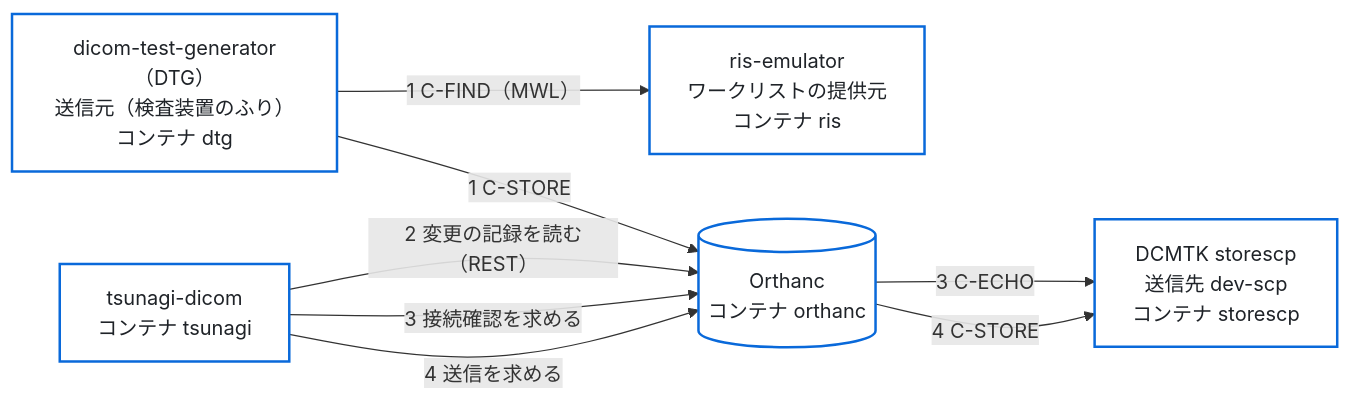
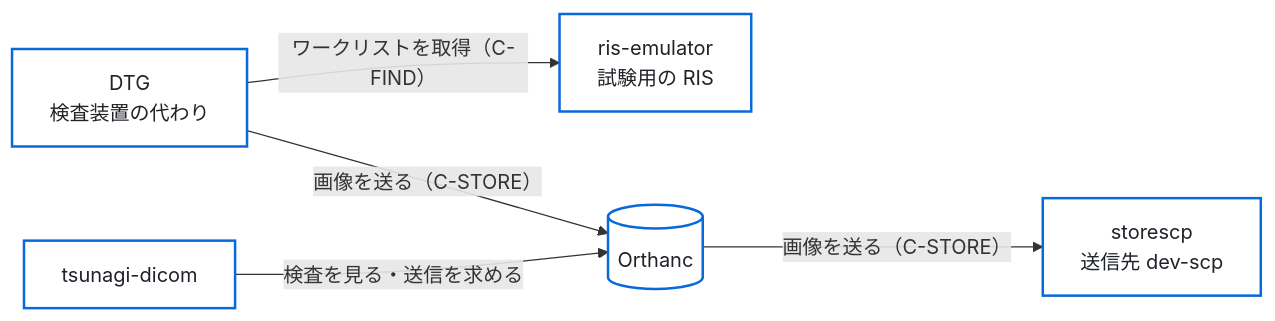
The diagram in docs/round-trip-test.md (jeysunit/tsunagi-dicom), drawn with Mermaid before and after one commit. The commit also changed other lines of this file and 7 other files, not shown here.

````diff
--- a/docs/round-trip-test.md
+++ b/docs/round-trip-test.md
@@ -15,18 +11,15 @@
 ```mermaid
 flowchart LR
   classDef box fill:#ffffff,stroke:#0969da,stroke-width:2px,color:#1f2328
 
-  RIS["ris-emulator<br/>ワークリストの提供元<br/>コンテナ ris"]:::box
-  DTG["dicom-test-generator（DTG）<br/>送信元（検査装置のふり）<br/>コンテナ dtg"]:::box
-  OR[("Orthanc<br/>コンテナ orthanc")]:::box
-  TD["tsunagi-dicom<br/>コンテナ tsunagi"]:::box
-  SCP["DCMTK storescp<br/>送信先 dev-scp<br/>コンテナ storescp"]:::box
+  RIS["ris-emulator<br/>試験用の RIS"]:::box
+  DTG["DTG<br/>検査装置の代わり"]:::box
+  OR[("Orthanc")]:::box
+  TD["tsunagi-dicom"]:::box
+  SCP["storescp<br/>送信先 dev-scp"]:::box
 
-  DTG -->|"1 C-FIND（MWL）"| RIS
-  DTG -->|"1 C-STORE"| OR
-  TD -->|"2 変更の記録を読む（REST）"| OR
-  TD -->|"3 接続確認を求める"| OR
-  OR -->|"3 C-ECHO"| SCP
-  TD -->|"4 送信を求める"| OR
-  OR -->|"4 C-STORE"| SCP
+  DTG -->|"ワークリストを取得（C-FIND）"| RIS
+  DTG -->|"画像を送る（C-STORE）"| OR
+  TD -->|"検査を見る・送信を求める"| OR
+  OR -->|"画像を送る（C-STORE）"| SCP
 ```
````
